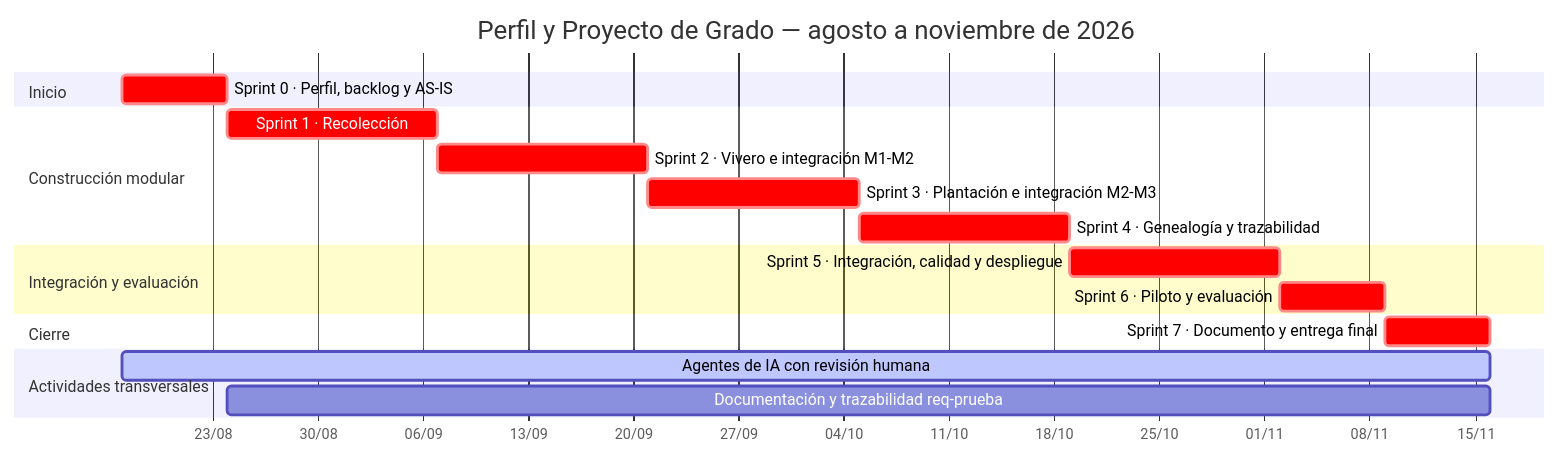
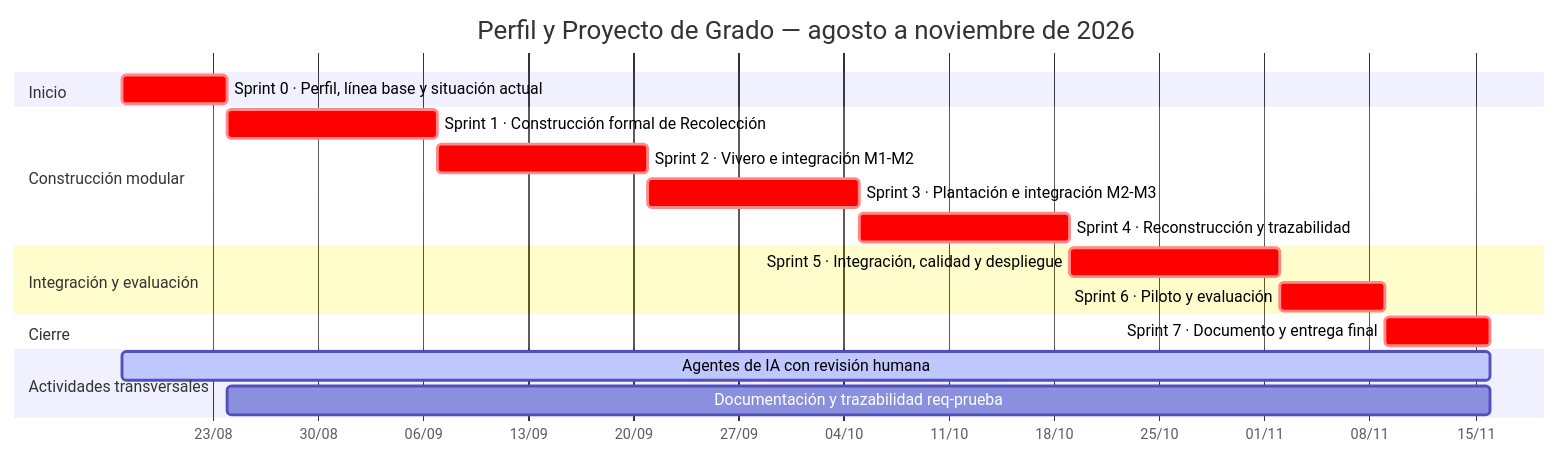
One commit to R3foresta/r3foresta-docs changed the fourth of 4 diagrams in documentacion-grado/06_entregables/perfil/PERFIL_PROYECTO_GRADO.md. Above: the diagram before and after it, drawn with Mermaid. The commit also changed other lines of this file and 12 other files, not shown here.

````diff
--- a/documentacion-grado/06_entregables/perfil/PERFIL_PROYECTO_GRADO.md
+++ b/documentacion-grado/06_entregables/perfil/PERFIL_PROYECTO_GRADO.md
@@ -453,26 +455,26 @@
 ```mermaid
 gantt
     title Perfil y Proyecto de Grado — agosto a noviembre de 2026
     dateFormat YYYY-MM-DD
     axisFormat %d/%m
 
     section Inicio
-    Sprint 0 · Perfil, backlog y AS-IS        :crit, s0, 2026-08-17, 7d
+    Sprint 0 · Perfil, línea base y situación actual :crit, s0, 2026-08-17, 7d
 
     section Construcción modular
-    Sprint 1 · Recolección                    :crit, s1, 2026-08-24, 14d
+    Sprint 1 · Construcción formal de Recolección :crit, s1, 2026-08-24, 14d
     Sprint 2 · Vivero e integración M1-M2     :crit, s2, 2026-09-07, 14d
     Sprint 3 · Plantación e integración M2-M3 :crit, s3, 2026-09-21, 14d
-    Sprint 4 · Genealogía y trazabilidad      :crit, s4, 2026-10-05, 14d
+    Sprint 4 · Reconstrucción y trazabilidad  :crit, s4, 2026-10-05, 14d
 
     section Integración y evaluación
     Sprint 5 · Integración, calidad y despliegue :crit, s5, 2026-10-19, 14d
     Sprint 6 · Piloto y evaluación              :crit, s6, 2026-11-02, 7d
 
     section Cierre
     Sprint 7 · Documento y entrega final      :crit, s7, 2026-11-09, 7d
 
     section Actividades transversales
     Agentes de IA con revisión humana         :active, t1, 2026-08-17, 2026-11-16
     Documentación y trazabilidad req-prueba   :t2, 2026-08-24, 2026-11-16
 ```
````
